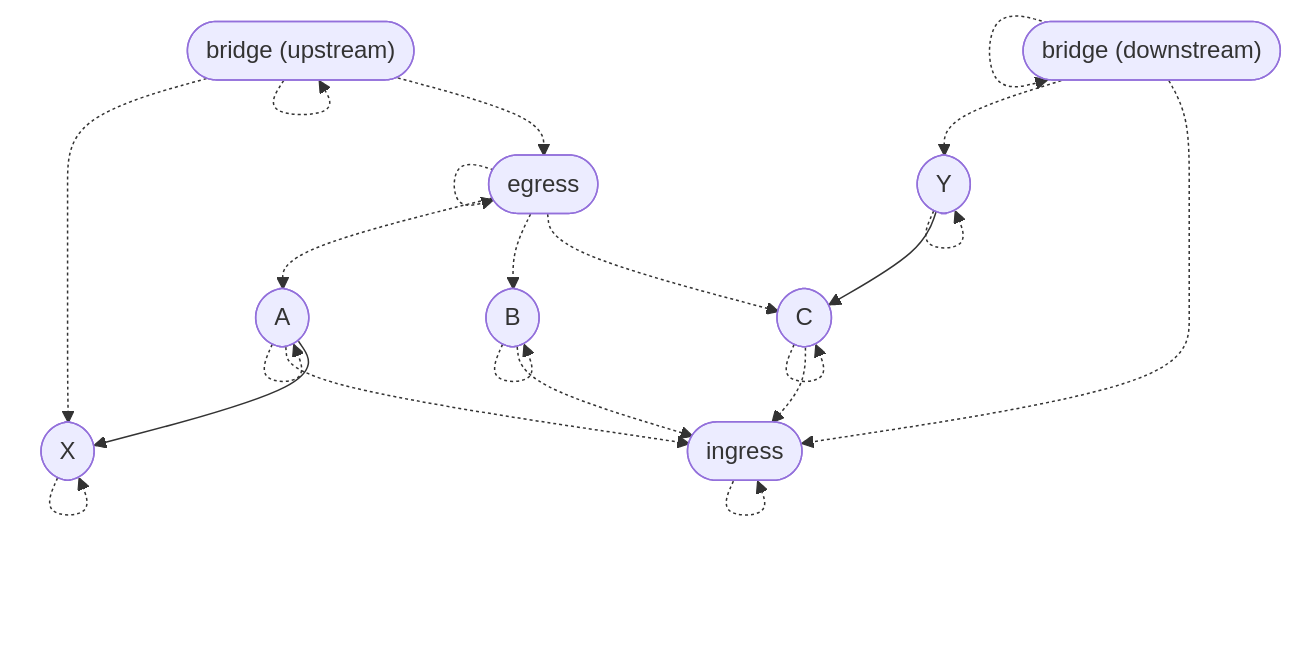
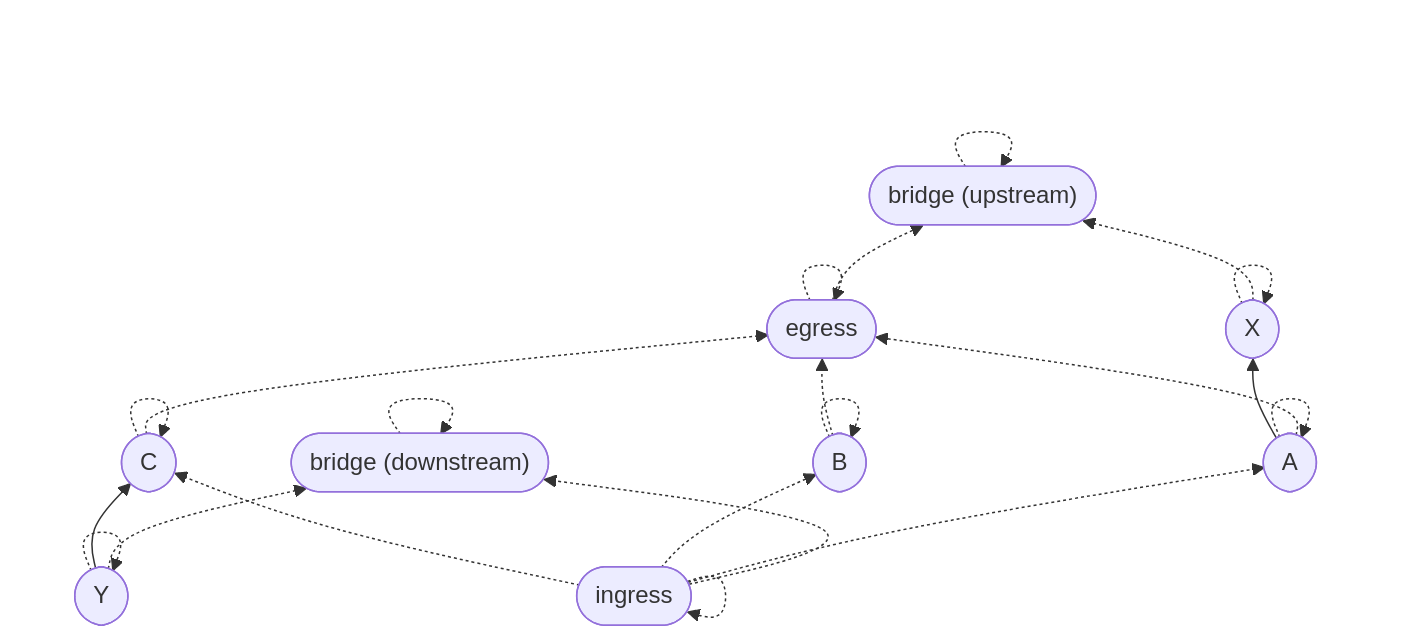
One commit to stepchowfun/proofs changed diagram 12 of 14 in proofs/AdmissibilityGraph/README.md. Above: the diagram before and after it, drawn with Mermaid. The commit also changed other lines of this file and 5 other files, not shown here.

Commit message:
Flip the direction of the parent-child edges in the admissibility graph development

````diff
--- a/proofs/AdmissibilityGraph/README.md
+++ b/proofs/AdmissibilityGraph/README.md
@@ -301,35 +326,35 @@
 ```mermaid
-flowchart TD
+flowchart BT
   up(["bridge (upstream)"])
-  down(["bridge (downstream)"])
   e([egress])
-  y([Y])
+  x([X])
   a([A])
   b([B])
   c([C])
-  x([X])
+  y([Y])
   i([ingress])
+  down(["bridge (downstream)"])
 
   up -.-> up
   down -.-> down
   e -.-> e
   y -.-> y
   a -.-> a
   b -.-> b
   c -.-> c
   x -.-> x
   i -.-> i
 
-  up -.-> x
-  up -.-> e
-  down -.-> y
-  down -.-> i
-  e -.-> a
-  e -.-> b
-  e -.-> c
-  a -.-> i
-  b -.-> i
-  c -.-> i
+  x -.-> up
+  e -.-> up
+  i -.-> down
+  y -.-> down
+  a -.-> e
+  b -.-> e
+  c -.-> e
+  i -.-> a
+  i -.-> b
+  i -.-> c
   a --> x
   y --> c
 ```
````
